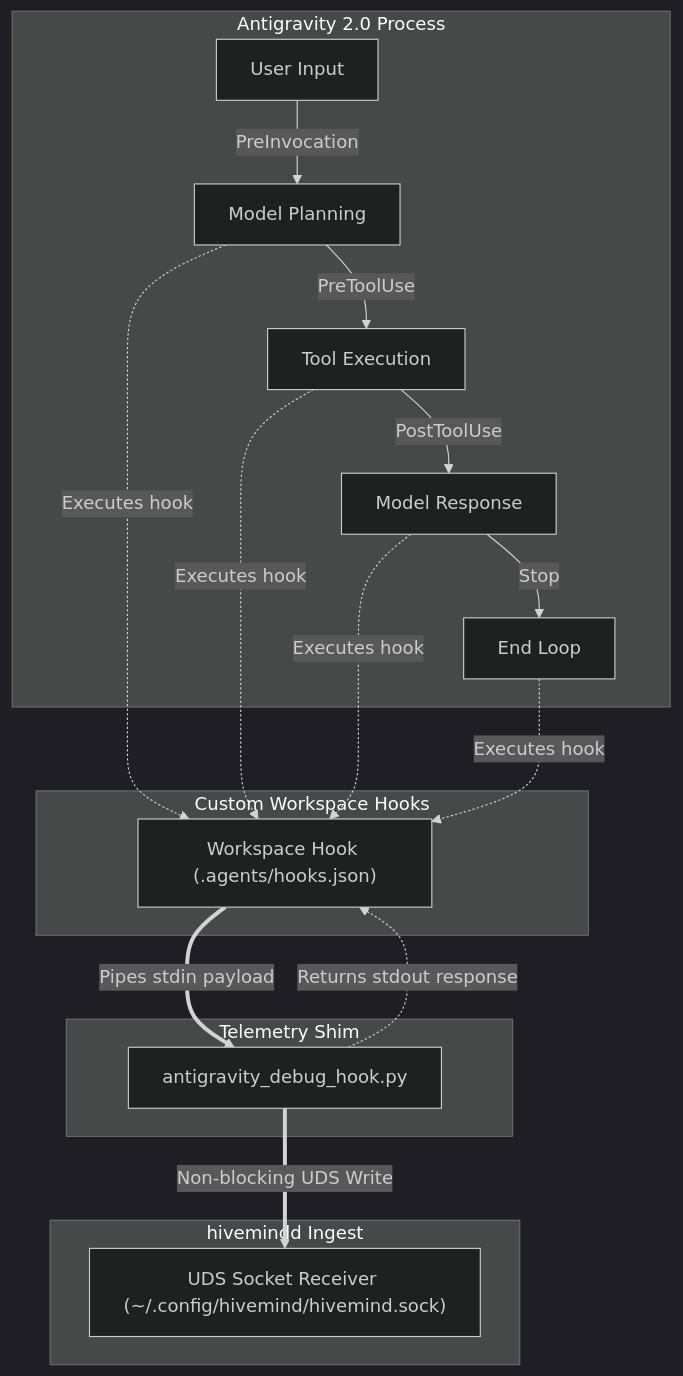
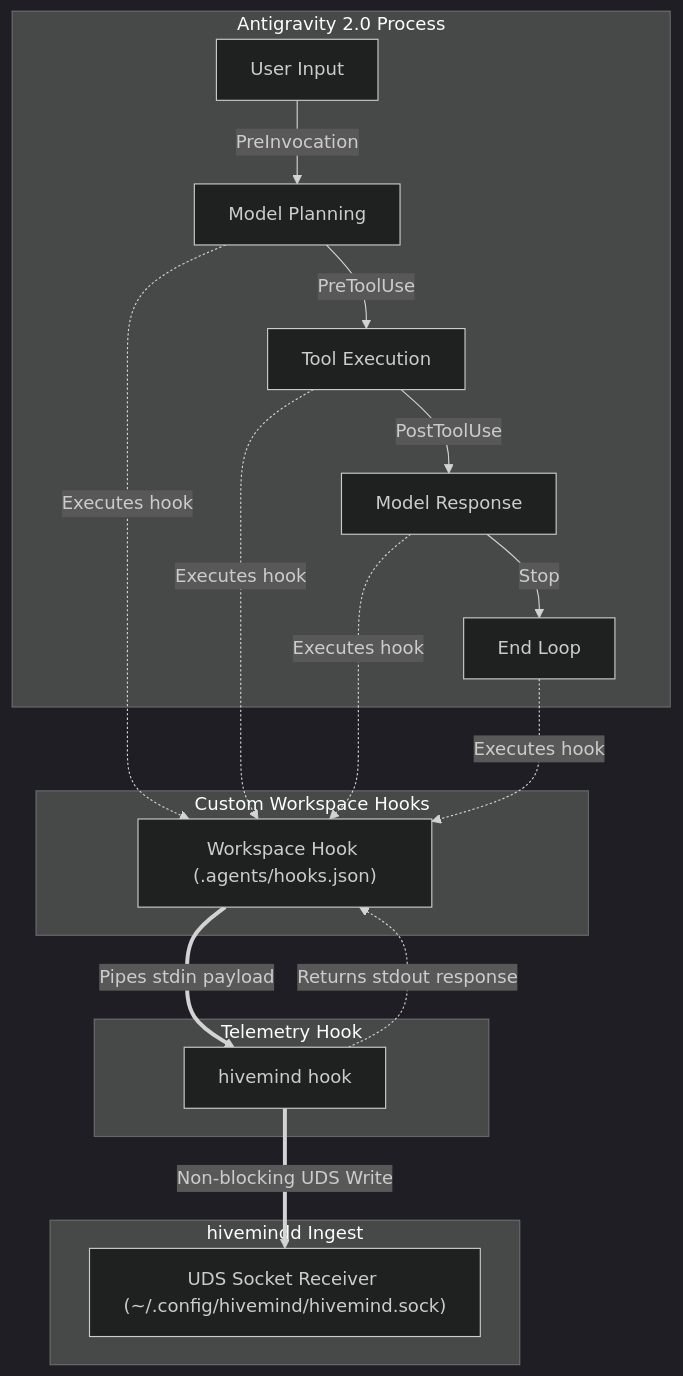
Before and after one commit to jacobmiller22/hivemind: the first of 2 diagrams in docs/plugins/ANTIGRAVITY.md, drawn with Mermaid (dark theme). The commit also changed other lines of this file, not shown here.

Commit message:
docs: use hivemind binary hook command in integration design

````diff
--- a/docs/plugins/ANTIGRAVITY.md
+++ b/docs/plugins/ANTIGRAVITY.md
@@ -32,29 +32,29 @@
 ```mermaid
 graph TD
     subgraph Antigravity 2.0 Process
         A[User Input] -->|PreInvocation| B[Model Planning]
         B -->|PreToolUse| C[Tool Execution]
         C -->|PostToolUse| D[Model Response]
         D -->|Stop| E[End Loop]
     end
     
     subgraph Custom Workspace Hooks
         H["Workspace Hook (.agents/hooks.json)"]
     end
     
-    subgraph Telemetry Shim
-        S["antigravity_debug_hook.py"]
+    subgraph Telemetry Hook
+        S["hivemind hook <event>"]
     end
     
     subgraph hivemindd Ingest
         HD["UDS Socket Receiver (~/.config/hivemind/hivemind.sock)"]
     end
 
     B -.->|Executes hook| H
     C -.->|Executes hook| H
     D -.->|Executes hook| H
     E -.->|Executes hook| H
     H ==>|Pipes stdin payload| S
     S ==>|Non-blocking UDS Write| HD
     S -.->|Returns stdout response| H
 ```
````
